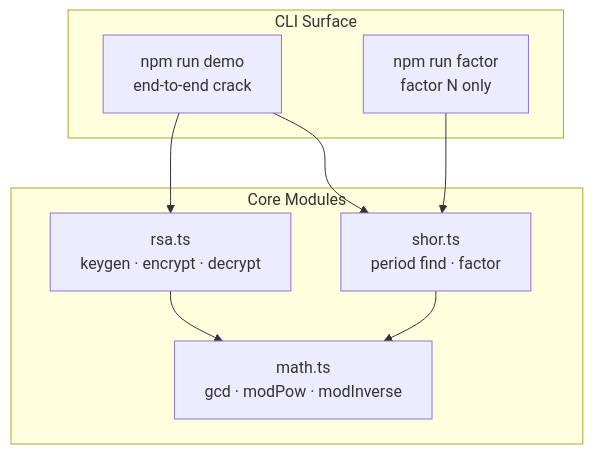
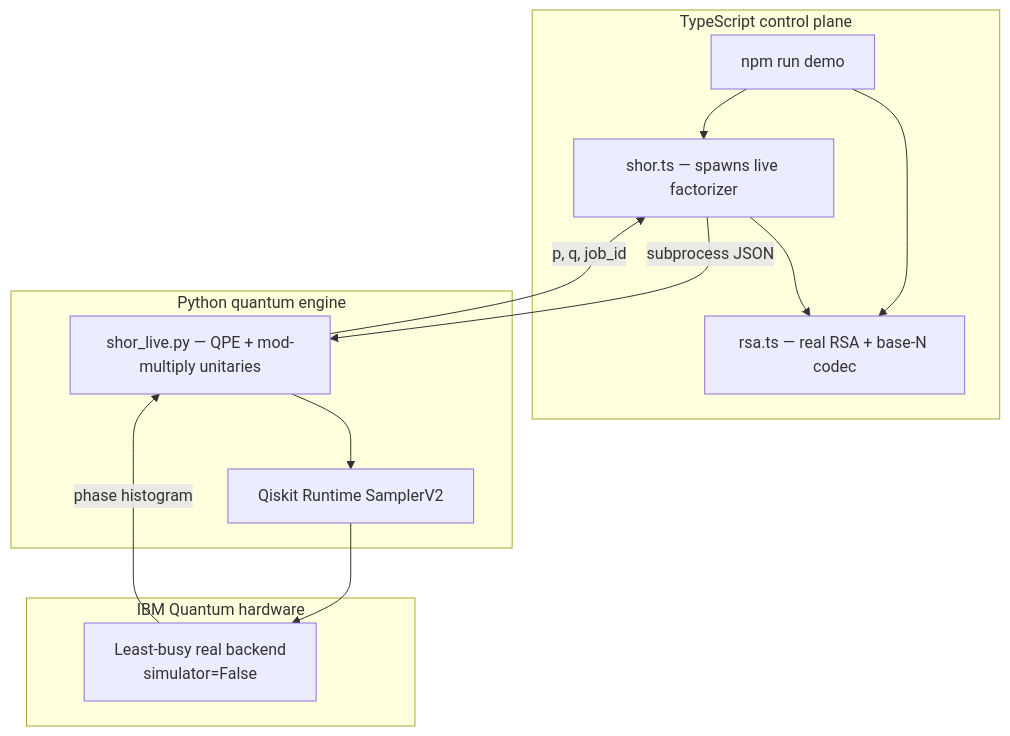
One commit to shep95/ZOSMA_ANTI_ENCRYPTION changed the first of 4 diagrams in README.md. Above: the diagram before and after it, drawn with Mermaid. The commit also changed other lines of this file and 9 other files, not shown here.

First line of the commit message:
Replace classical period finding with live IBM Quantum Shor.

````diff
--- a/README.md
+++ b/README.md
@@ -26,19 +18,26 @@
 ```mermaid
 flowchart TB
-  subgraph CLI["CLI Surface"]
-    DEMO["npm run demo<br/>end-to-end crack"]
-    FACTOR["npm run factor<br/>factor N only"]
+  subgraph TS["TypeScript control plane"]
+    DEMO["npm run demo"]
+    RSA["rsa.ts — real RSA + base-N codec"]
+    SHOR_TS["shor.ts — spawns live factorizer"]
   end
 
-  subgraph Core["Core Modules"]
-    RSA["rsa.ts<br/>keygen · encrypt · decrypt"]
-    SHOR["shor.ts<br/>period find · factor"]
-    MATH["math.ts<br/>gcd · modPow · modInverse"]
+  subgraph PY["Python quantum engine"]
+    CIRCUIT["shor_live.py — QPE + mod-multiply unitaries"]
+    RUNTIME["Qiskit Runtime SamplerV2"]
+  end
+
+  subgraph QPU["IBM Quantum hardware"]
+    BACKEND["Least-busy real backend<br/>simulator=False"]
   end
 
   DEMO --> RSA
-  DEMO --> SHOR
-  FACTOR --> SHOR
-  RSA --> MATH
-  SHOR --> MATH
+  DEMO --> SHOR_TS
+  SHOR_TS -->|subprocess JSON| CIRCUIT
+  CIRCUIT --> RUNTIME
+  RUNTIME --> BACKEND
+  BACKEND -->|phase histogram| CIRCUIT
+  CIRCUIT -->|p, q, job_id| SHOR_TS
+  SHOR_TS --> RSA
 ```
````
